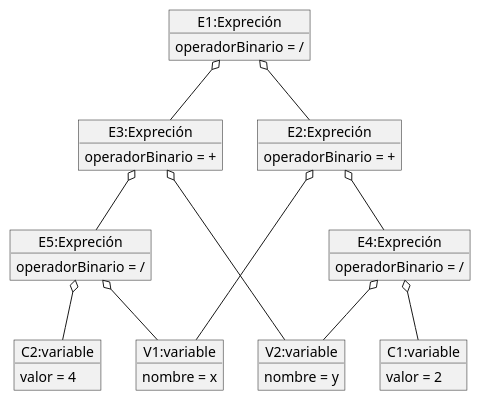
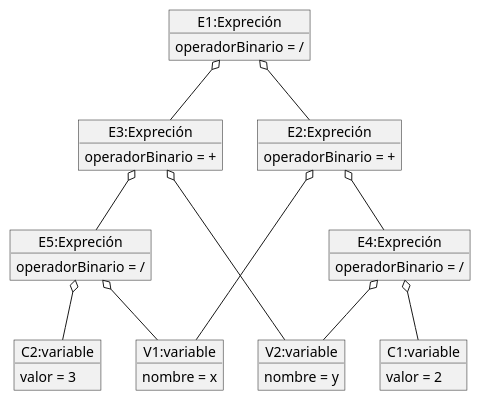
Before and after one commit to JuanDavid111/Practica-2: the diagram in prueba.puml, drawn with PlantUML.

```diff
--- a/prueba.puml
+++ b/prueba.puml
@@ -1,44 +1,44 @@
 @startuml Ejercicio d
 
 object "E1:Expreción" as o1
 o1 : operadorBinario = /
 
 object "E2:Expreción" as o2
 o2 : operadorBinario = +
 
 object "E3:Expreción" as o3
 o3 : operadorBinario = +
 
 object "E4:Expreción" as o4
 o4 : operadorBinario = /
 
 object "E5:Expreción" as o5
 o5 : operadorBinario = /
 
 object "V1:variable" as v1
 v1 : nombre = x
 
 object "V2:variable" as v2
 v2 : nombre = y
 
 object "C1:variable" as c1
 c1 : valor = 2
 
 object "C2:variable" as c2
-c2 : valor = 4
+c2 : valor = 3
 
 	o1 o-- o2
     o1 o-- o3
     o2 o-- o4
     o2 o-- v1
     o4 o-- v2
     o4 o-- c1
     o5 o-- c2
     o3 o-- o5
     o3 o-- v2
     o5 o-- v1
 
 
 
 
 @enduml
```
